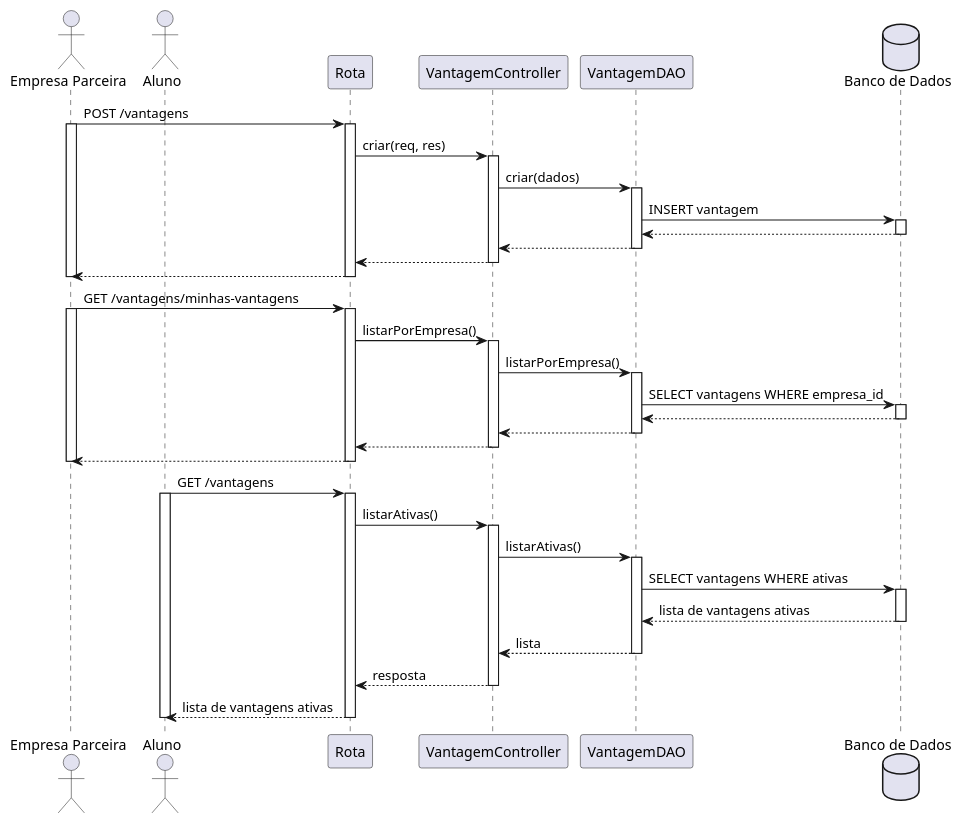
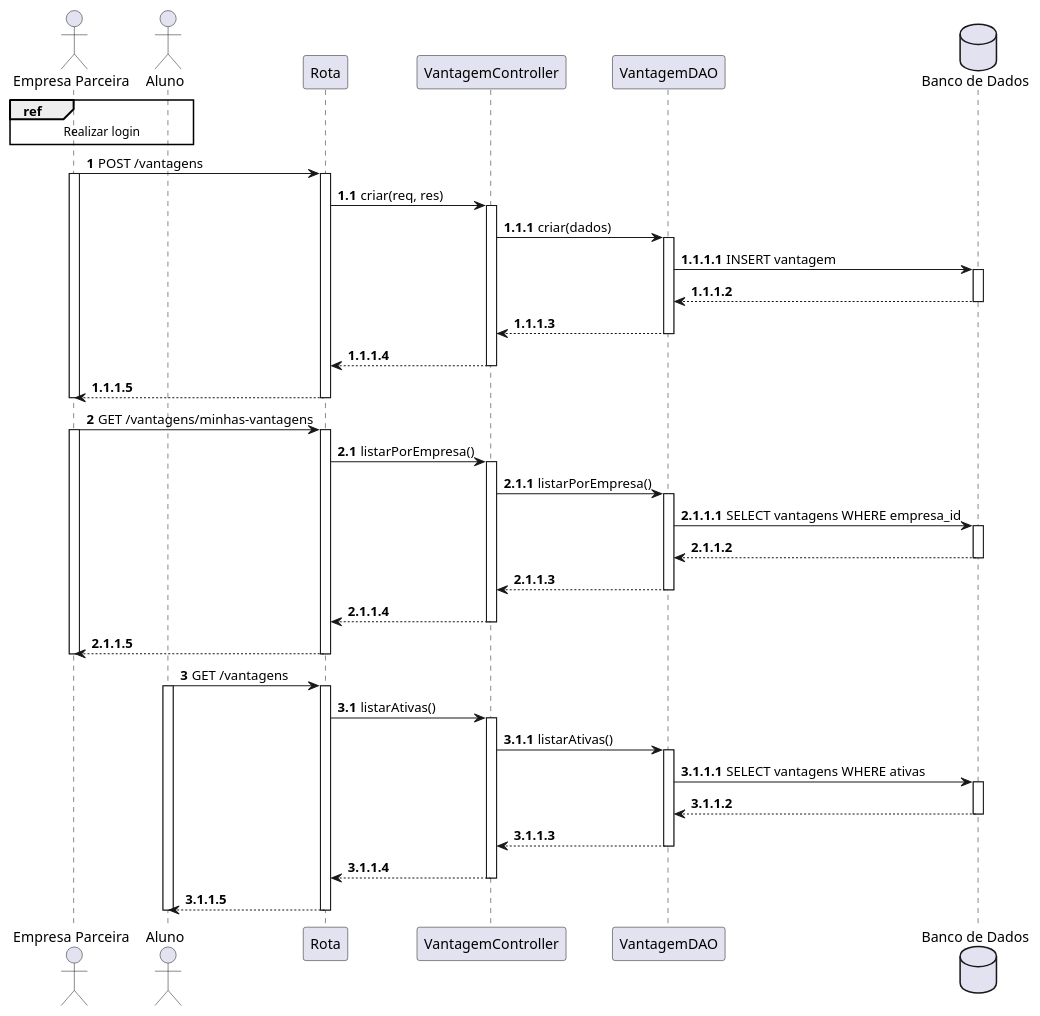
The diagram in project/code/sequencediagram.plantuml (iannovais/lds-moeda), drawn with PlantUML before and after one commit.

Commit message:
Atualizado

```diff
--- a/project/code/sequencediagram.plantuml
+++ b/project/code/sequencediagram.plantuml
@@ -1,67 +1,90 @@
 @startuml
+
 actor "Empresa Parceira" as parceiro
 actor "Aluno" as aluno
 participant "Rota" as sistema
 participant "VantagemController" as controller
 participant "VantagemDAO" as dao
 database "Banco de Dados" as bd
 
-parceiro -> sistema: POST /vantagens
+ref over parceiro, aluno : Realizar login
+
+autonumber 1
+parceiro -> sistema : POST /vantagens
 activate parceiro
+
+    autonumber 1.1
     activate sistema
-        sistema -> controller: criar(req, res)
+        sistema -> controller : criar(req, res)
+
+        autonumber 1.1.1
         activate controller
-            controller -> dao: criar(dados)
+            controller -> dao : criar(dados)
+
+            autonumber 1.1.1.1
             activate dao
-                dao -> bd: INSERT vantagem
-                activate bd
-                bd --> dao
-                deactivate bd
-                
-            dao --> controller
-            deactivate dao
-        controller --> sistema
-        deactivate controller
-    sistema --> parceiro
-    deactivate sistema
-deactivate parceiro
-
-    parceiro -> sistema: GET /vantagens/minhas-vantagens
-activate parceiro
-    activate sistema
-        sistema -> controller: listarPorEmpresa()
-        activate controller
-            controller -> dao: listarPorEmpresa()
-            activate dao
-                dao -> bd: SELECT vantagens WHERE empresa_id
+                dao -> bd : INSERT vantagem
                 activate bd
                 bd --> dao
                 deactivate bd
             dao --> controller
             deactivate dao
         controller --> sistema
         deactivate controller
     sistema --> parceiro
     deactivate sistema
 deactivate parceiro
 
-aluno -> sistema: GET /vantagens
+autonumber 2
+parceiro -> sistema : GET /vantagens/minhas-vantagens
+activate parceiro
+
+    autonumber 2.1
+    activate sistema
+        sistema -> controller : listarPorEmpresa()
+
+        autonumber 2.1.1
+        activate controller
+            controller -> dao : listarPorEmpresa()
+
+            autonumber 2.1.1.1
+            activate dao
+                dao -> bd : SELECT vantagens WHERE empresa_id
+                activate bd
+                bd --> dao
+                deactivate bd
+            dao --> controller
+            deactivate dao
+        controller --> sistema
+        deactivate controller
+    sistema --> parceiro
+    deactivate sistema
+deactivate parceiro
+
+autonumber 3
+aluno -> sistema : GET /vantagens
 activate aluno
+
+    autonumber 3.1
     activate sistema
-        sistema -> controller: listarAtivas()
+        sistema -> controller : listarAtivas()
+
+        autonumber 3.1.1
         activate controller
-            controller -> dao: listarAtivas()
+            controller -> dao : listarAtivas()
+
+            autonumber 3.1.1.1
             activate dao
-                dao -> bd: SELECT vantagens WHERE ativas
+                dao -> bd : SELECT vantagens WHERE ativas
                 activate bd
-                bd --> dao: lista de vantagens ativas
+                bd --> dao
                 deactivate bd
-            dao --> controller: lista
+            dao --> controller
             deactivate dao
-        controller --> sistema: resposta
+        controller --> sistema
         deactivate controller
-    sistema --> aluno: lista de vantagens ativas
+    sistema --> aluno
     deactivate sistema
 deactivate aluno
 
 @enduml
```
